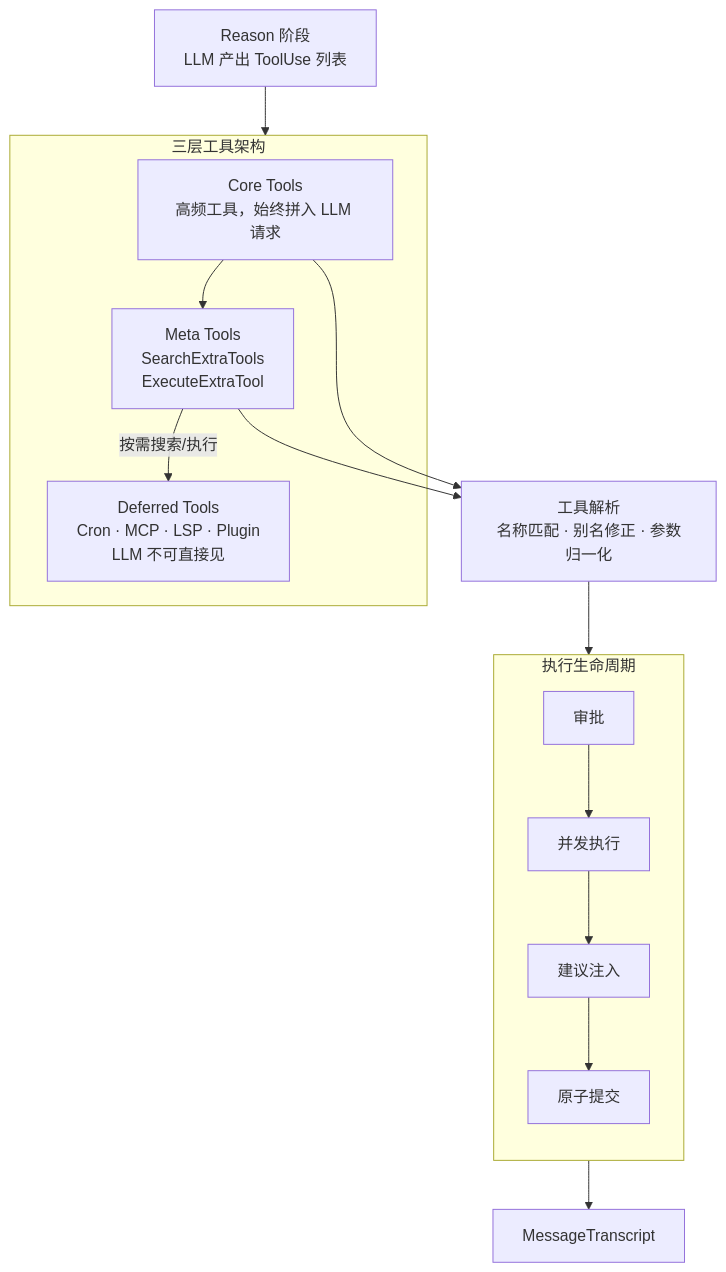
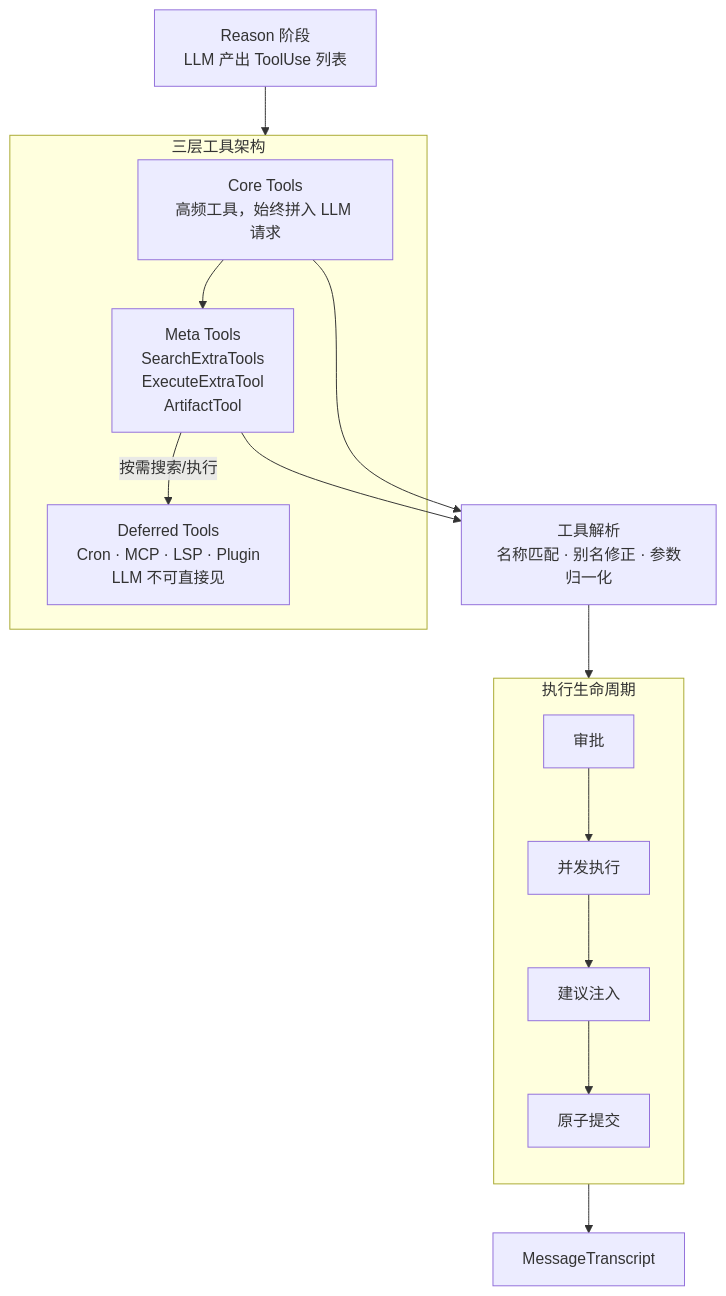
The diagram in docs/design/peri-agent-tool-system-v2.md (KonghaYao/peri), drawn with Mermaid before and after one commit. The commit also changed other lines of this file and 22 other files, not shown here.

````diff
--- a/docs/design/peri-agent-tool-system-v2.md
+++ b/docs/design/peri-agent-tool-system-v2.md
@@ -17,31 +17,31 @@
 ```mermaid
 graph TB
     REASON["Reason 阶段<br/>LLM 产出 ToolUse 列表"]
 
     REASON --> LAYER
 
     subgraph LAYER["三层工具架构"]
         CORE["Core Tools<br/>高频工具，始终拼入 LLM 请求"]
-        META["Meta Tools<br/>SearchExtraTools<br/>ExecuteExtraTool"]
+        META["Meta Tools<br/>SearchExtraTools<br/>ExecuteExtraTool<br/>ArtifactTool"]
         DEFER["Deferred Tools<br/>Cron · MCP · LSP · Plugin<br/>LLM 不可直接见"]
 
         CORE --> META
         META -->|"按需搜索/执行"| DEFER
     end
 
     CORE & META --> RESOLVE["工具解析<br/>名称匹配 · 别名修正 · 参数归一化"]
 
     RESOLVE --> LIFECYCLE
 
     subgraph LIFECYCLE["执行生命周期"]
         direction TB
         APPROVE["审批"]
         EXEC["并发执行"]
         SUGGEST["建议注入"]
         COMMIT["原子提交"]
     end
 
     APPROVE --> EXEC --> SUGGEST --> COMMIT
 
     COMMIT --> TRANSCRIPT["MessageTranscript"]
 ```
````
